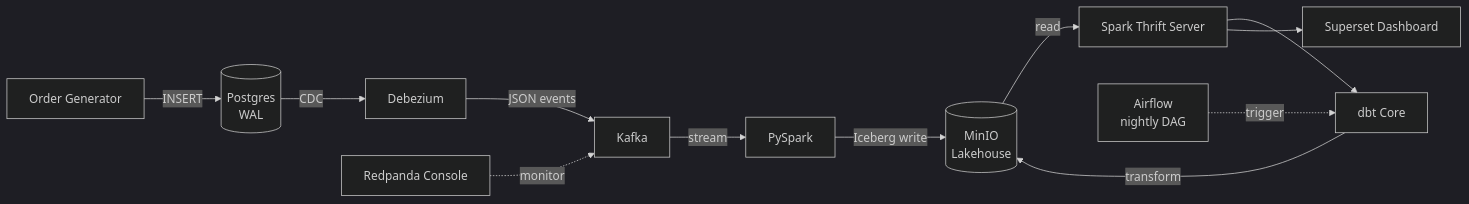
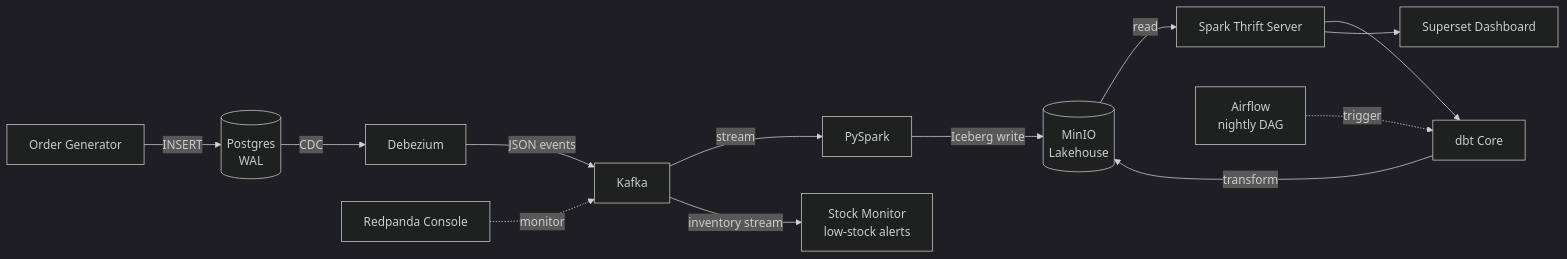
One commit to airdeniz/ecommerce-realtime-pipeline changed the first of 2 diagrams in README.md. Above: the diagram before and after it, drawn with Mermaid (dark theme). The commit also changed other lines of this file, not shown here.

Commit message:
docs: add stock monitor to both architecture diagrams (Kafka fan-out)

````diff
--- a/README.md
+++ b/README.md
@@ -22,14 +22,15 @@
 ```mermaid
 flowchart LR
     GEN[Order Generator] -->|INSERT| PG[(Postgres<br/>WAL)]
     PG -->|CDC| DBZ[Debezium]
     DBZ -->|JSON events| KAFKA[Kafka]
     KAFKA -->|stream| SPARK[PySpark]
+    KAFKA -->|inventory stream| STOCK[Stock Monitor<br/>low-stock alerts]
     SPARK -->|Iceberg write| MINIO[(MinIO<br/>Lakehouse)]
     MINIO -->|read| THRIFT[Spark Thrift Server]
     THRIFT --> DBT[dbt Core]
     DBT -->|transform| MINIO
     AIRFLOW[Airflow<br/>nightly DAG] -.->|trigger| DBT
     THRIFT --> SUPERSET[Superset Dashboard]
     CONSOLE[Redpanda Console] -.->|monitor| KAFKA
 ```
````
